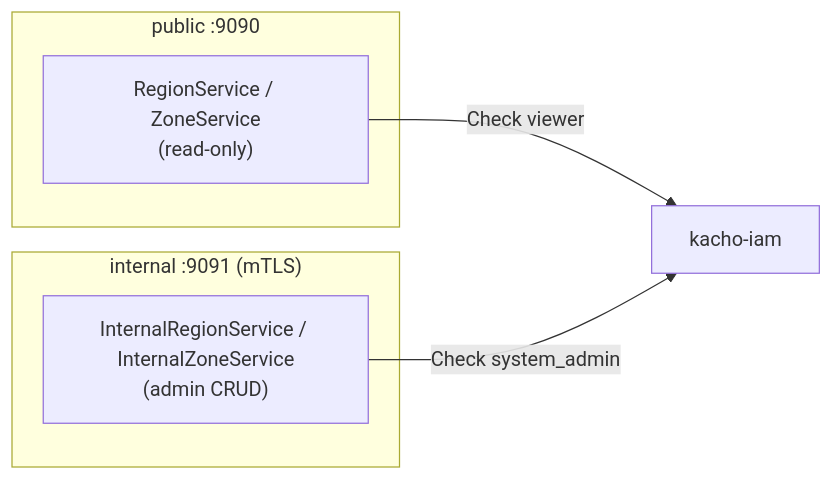
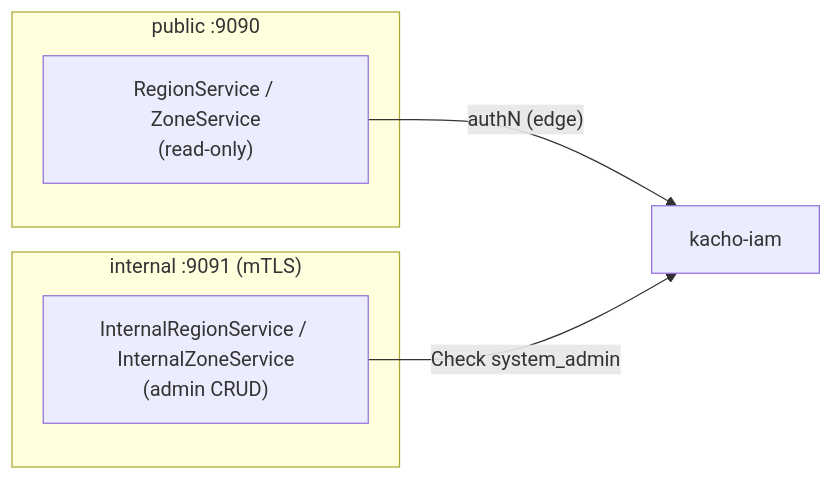
The third of 4 diagrams in services/geo/docs-site/docs/architecture/overview.mdx (PRO-Robotech/kacho), drawn with Mermaid before and after one commit. The commit also changed other lines of this file and 29 other files, not shown here.

````diff
--- a/services/geo/docs-site/docs/architecture/overview.mdx
+++ b/services/geo/docs-site/docs/architecture/overview.mdx
@@ -98,11 +98,11 @@
 ```mermaid
 flowchart LR
   subgraph public["public :9090"]
     pub["RegionService / ZoneService<br/>(read-only)"]
   end
   subgraph internal["internal :9091 (mTLS)"]
     int["InternalRegionService / InternalZoneService<br/>(admin CRUD)"]
   end
-  pub -->|"Check viewer"| iam["kacho-iam"]
+  pub -->|"authN (edge)"| iam["kacho-iam"]
   int -->|"Check system_admin"| iam
 ```
````
